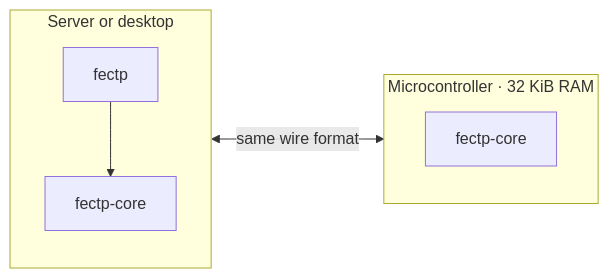
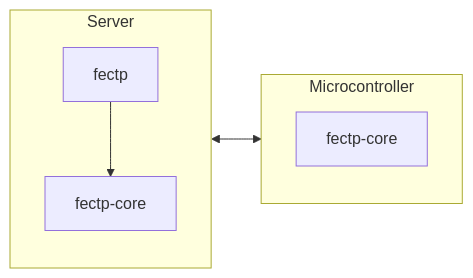
Before and after one commit to YounghyeonPark/fectp: the third of 5 diagrams in README.md, drawn with Mermaid. The commit also changed other lines of this file, not shown here.

First line of the commit message:
README: narrow the diagrams so they fit GitHub's column

````diff
--- a/README.md
+++ b/README.md
@@ -91,10 +89,10 @@
 ```mermaid
 flowchart LR
-    subgraph big["Server or desktop"]
+    subgraph big["Server"]
         s1["fectp"] --> s2["fectp-core"]
     end
-    subgraph small["Microcontroller · 32 KiB RAM"]
+    subgraph small["Microcontroller"]
         m["fectp-core"]
     end
-    big <-->|"same wire format"| small
+    big <--> small
 ```
````
